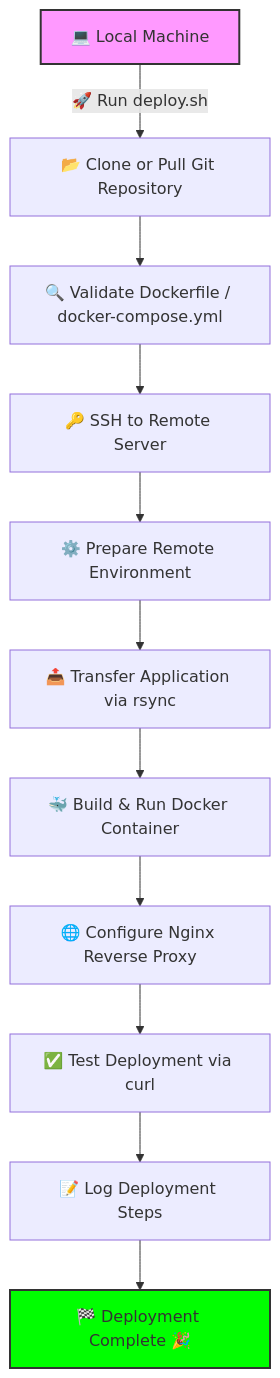
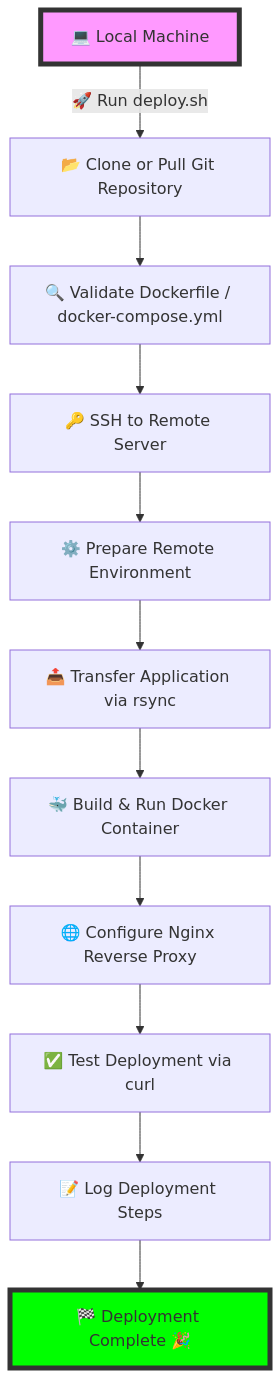
The diagram in README.md (sudo-gigi/HNG13-STAGE-1-), drawn with Mermaid before and after one commit.

````diff
--- a/README.md
+++ b/README.md
@@ -88,16 +88,16 @@
 ```mermaid
 flowchart TD
     A[💻 Local Machine] -->|🚀 Run deploy.sh| B[📂 Clone or Pull Git Repository]
     B --> C[🔍 Validate Dockerfile / docker-compose.yml]
     C --> D[🔑 SSH to Remote Server]
     D --> E[⚙️ Prepare Remote Environment]
     E --> F[📤 Transfer Application via rsync]
     F --> G[🐳 Build & Run Docker Container]
     G --> H[🌐 Configure Nginx Reverse Proxy]            
     H --> I[✅ Test Deployment via curl]
     I --> J[📝 Log Deployment Steps]
     J --> K[🏁 Deployment Complete 🎉]
 
-    style A fill:#f9f,stroke:#333,stroke-width:2px
-    style K fill:#0f0,stroke:#333,stroke-width:2px
+    style A fill:#f9f,stroke:#333,stroke-width:5px
+    style K fill:#0f0,stroke:#333,stroke-width:5px
 ```
````
